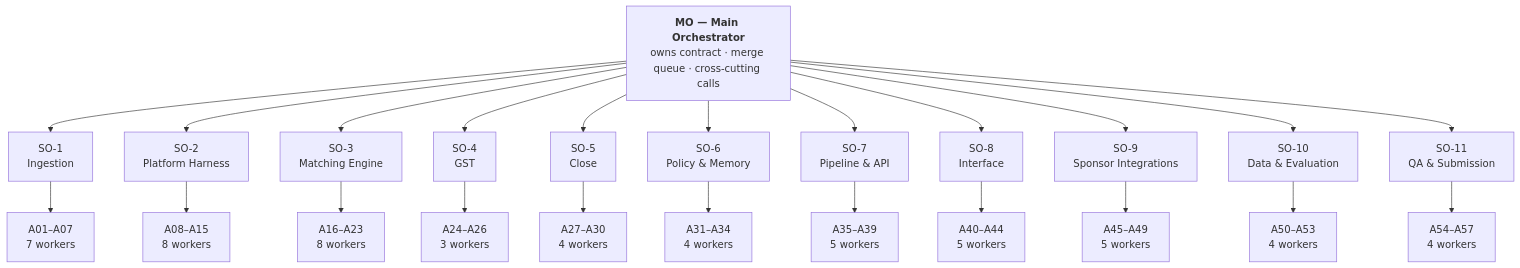
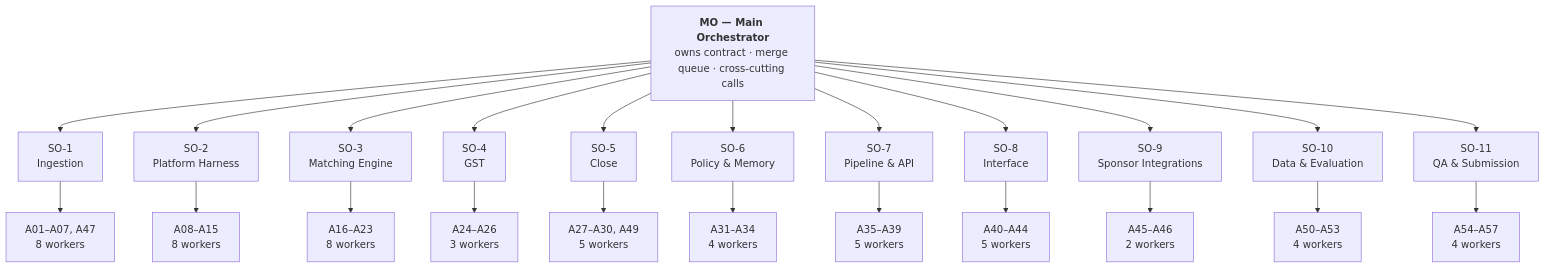
The second of 2 diagrams in ARCHITECTURE.md (PrabhatChandraDwivedi/syndicateHackathon), drawn with Mermaid before and after one commit. The commit also changed other lines of this file and 2 other files, not shown here.

````diff
--- a/ARCHITECTURE.md
+++ b/ARCHITECTURE.md
@@ -682,28 +686,28 @@
 ```mermaid
 flowchart TB
     MO["<b>MO — Main Orchestrator</b><br/>owns contract · merge queue · cross-cutting calls"]
 
     MO --> SO1["SO-1<br/>Ingestion"]
     MO --> SO2["SO-2<br/>Platform Harness"]
     MO --> SO3["SO-3<br/>Matching Engine"]
     MO --> SO4["SO-4<br/>GST"]
     MO --> SO5["SO-5<br/>Close"]
     MO --> SO6["SO-6<br/>Policy &amp; Memory"]
     MO --> SO7["SO-7<br/>Pipeline &amp; API"]
     MO --> SO8["SO-8<br/>Interface"]
     MO --> SO9["SO-9<br/>Sponsor Integrations"]
     MO --> SO10["SO-10<br/>Data &amp; Evaluation"]
     MO --> SO11["SO-11<br/>QA &amp; Submission"]
 
-    SO1 --> W1["A01–A07<br/>7 workers"]
+    SO1 --> W1["A01–A07, A47<br/>8 workers"]
     SO2 --> W2["A08–A15<br/>8 workers"]
     SO3 --> W3["A16–A23<br/>8 workers"]
     SO4 --> W4["A24–A26<br/>3 workers"]
-    SO5 --> W5["A27–A30<br/>4 workers"]
+    SO5 --> W5["A27–A30, A49<br/>5 workers"]
     SO6 --> W6["A31–A34<br/>4 workers"]
     SO7 --> W7["A35–A39<br/>5 workers"]
     SO8 --> W8["A40–A44<br/>5 workers"]
-    SO9 --> W9["A45–A49<br/>5 workers"]
+    SO9 --> W9["A45–A46<br/>2 workers"]
     SO10 --> W10["A50–A53<br/>4 workers"]
     SO11 --> W11["A54–A57<br/>4 workers"]
 ```
````
